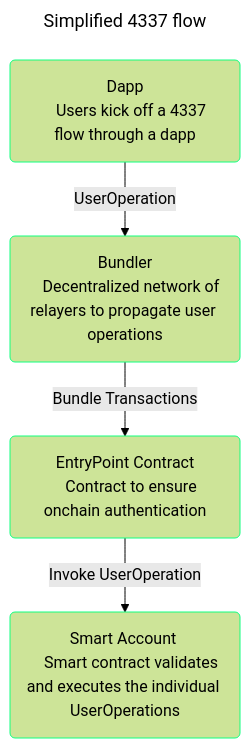
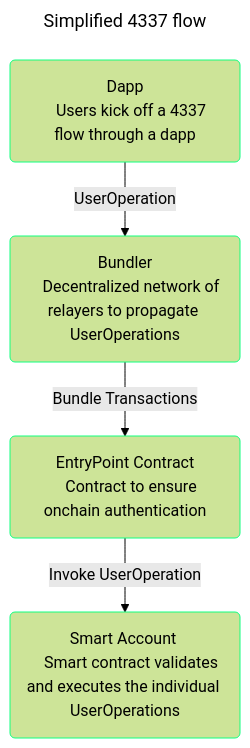
The diagram in pages/home/4337-overview.mdx (safe-global/safe-docs), drawn with Mermaid (forest theme) before and after one commit.

Commit message:
Update 4337 overview diagram

````diff
--- a/pages/home/4337-overview.mdx
+++ b/pages/home/4337-overview.mdx
@@ -10,17 +10,17 @@
 ``` mermaid
 ---
 title: Simplified 4337 flow
 ---
 flowchart TD
     A(Dapp
     Users kick off a 4337 flow through a dapp) -->|UserOperation| B(Bundler
-    Decentralized network of relayers to propagate user operations)
+    Decentralized network of relayers to propagate UserOperations)
     B -->|Bundle Transactions| C(EntryPoint Contract
     Contract to ensure onchain authentication)
     C -->|Invoke UserOperation| D(Smart Account 
     Smart contract validates and executes the individual UserOperations)
     style A stroke:#12ff80
     style B stroke:#12ff80
     style C stroke:#12ff80
     style D stroke:#12ff80
 ```
````
